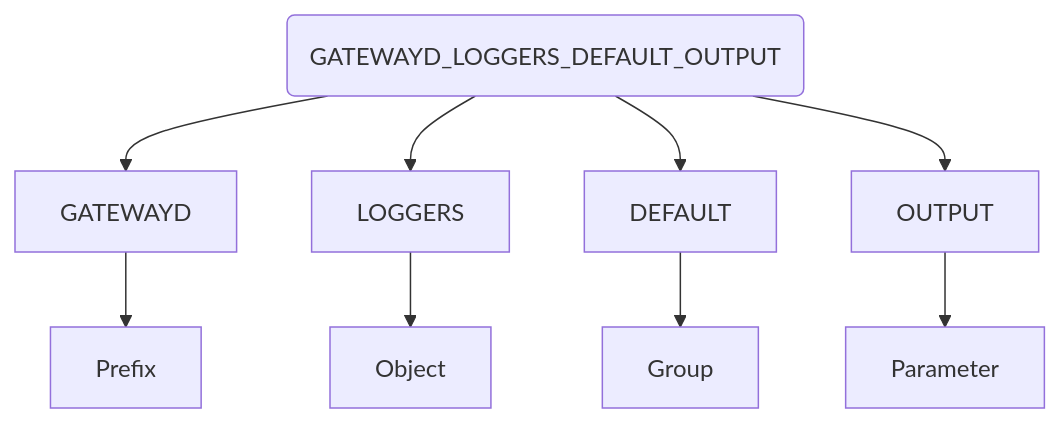
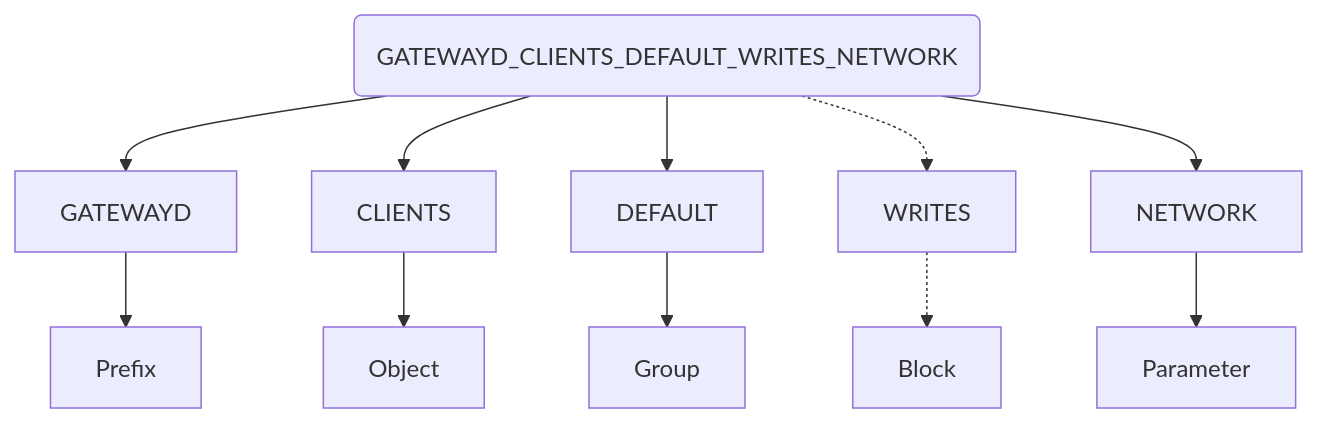
The diagram in using-gatewayd/configuration.md (gatewayd-io/docs), drawn with Mermaid before and after one commit. The commit also changed other lines of this file and 5 other files, not shown here.

````diff
--- a/using-gatewayd/configuration.md
+++ b/using-gatewayd/configuration.md
@@ -168,12 +177,14 @@
 ```mermaid
 flowchart TD
-    A(GATEWAYD_LOGGERS_DEFAULT_OUTPUT)
+    A(GATEWAYD_CLIENTS_DEFAULT_WRITES_NETWORK)
     A --> GATEWAYD
-    A --> LOGGERS
+    A --> CLIENTS
     A --> DEFAULT
-    A --> OUTPUT
+    A -.-> WRITES
+    A --> NETWORK
     GATEWAYD --> Prefix
-    LOGGERS --> Object
+    CLIENTS --> Object
     DEFAULT --> Group
-    OUTPUT --> Parameter
+    WRITES -.-> Block
+    NETWORK --> Parameter
 ```
````
